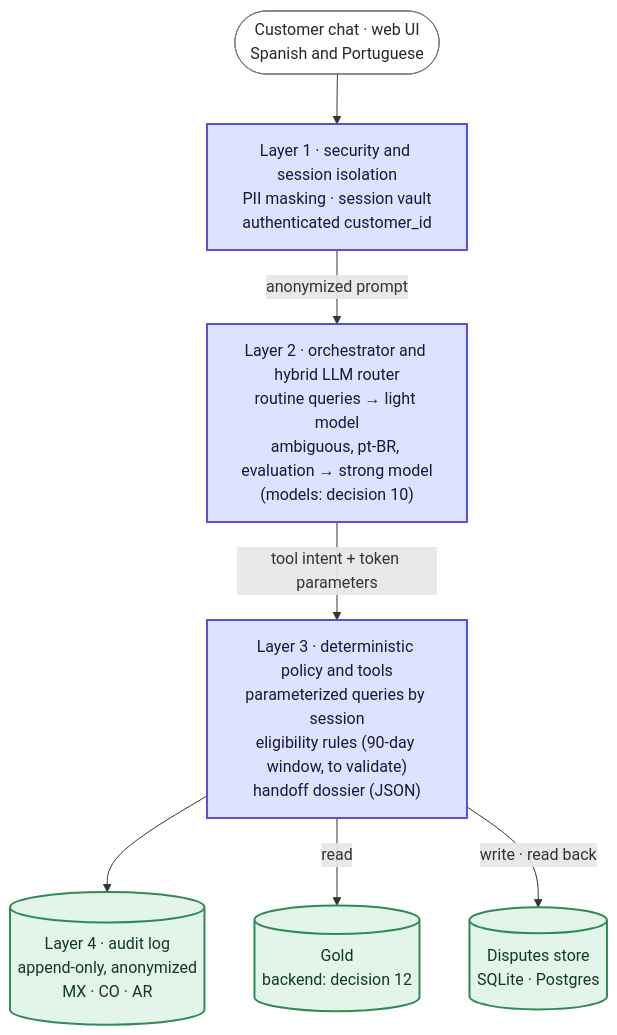
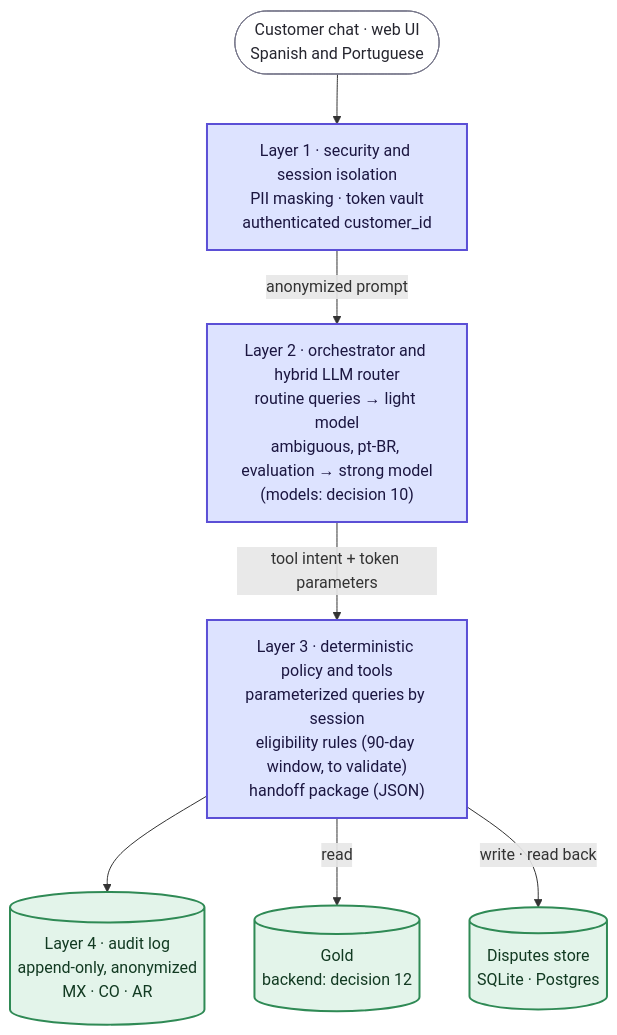
Before and after one commit to rdorta27/factored-hackathon-2026-sentinel-engine: the third of 5 diagrams in docs/build/architecture-roadmap.md, drawn with Mermaid. The commit also changed other lines of this file and 2 other files, not shown here.

````diff
--- a/docs/build/architecture-roadmap.md
+++ b/docs/build/architecture-roadmap.md
@@ -75,19 +75,19 @@
 ```mermaid
 flowchart TD
     ui(["Customer chat · web UI<br/>Spanish and Portuguese"]) --> l1
-    l1["Layer 1 · security and session isolation<br/>PII masking · session vault<br/>authenticated customer_id"] -- "anonymized prompt" --> l2
+    l1["Layer 1 · security and session isolation<br/>PII masking · token vault<br/>authenticated customer_id"] -- "anonymized prompt" --> l2
     l2["Layer 2 · orchestrator and hybrid LLM router<br/>routine queries → light model<br/>ambiguous, pt-BR, evaluation → strong model<br/>(models: decision 10)"] -- "tool intent + token parameters" --> l3
-    l3["Layer 3 · deterministic policy and tools<br/>parameterized queries by session<br/>eligibility rules (90-day window, to validate)<br/>handoff dossier (JSON)"]
+    l3["Layer 3 · deterministic policy and tools<br/>parameterized queries by session<br/>eligibility rules (90-day window, to validate)<br/>handoff package (JSON)"]
     l3 --> l4[("Layer 4 · audit log<br/>append-only, anonymized<br/>MX · CO · AR")]
     l3 -- "read" --> gold[("Gold<br/>backend: decision 12")]
     l3 -- "write · read back" --> disputes[("Disputes store<br/>SQLite · Postgres")]
 
     classDef real fill:#dde3ff,stroke:#5b4fd6,stroke-width:2px,color:#1b1640
     classDef mock fill:#ffe9c7,stroke:#c77d12,stroke-width:2px,stroke-dasharray:6 4,color:#3a2a00
     classDef store fill:#e3f4ea,stroke:#2f8a55,stroke-width:2px,color:#123a22
     classDef proposed fill:#f1f1f4,stroke:#77778a,stroke-width:2px,stroke-dasharray:4 3,color:#26262f
     classDef ext fill:#ffffff,stroke:#77778a,stroke-width:1px,color:#26262f
     class ui ext
     class l1,l2,l3 real
     class l4,gold,disputes store
 ```
````
